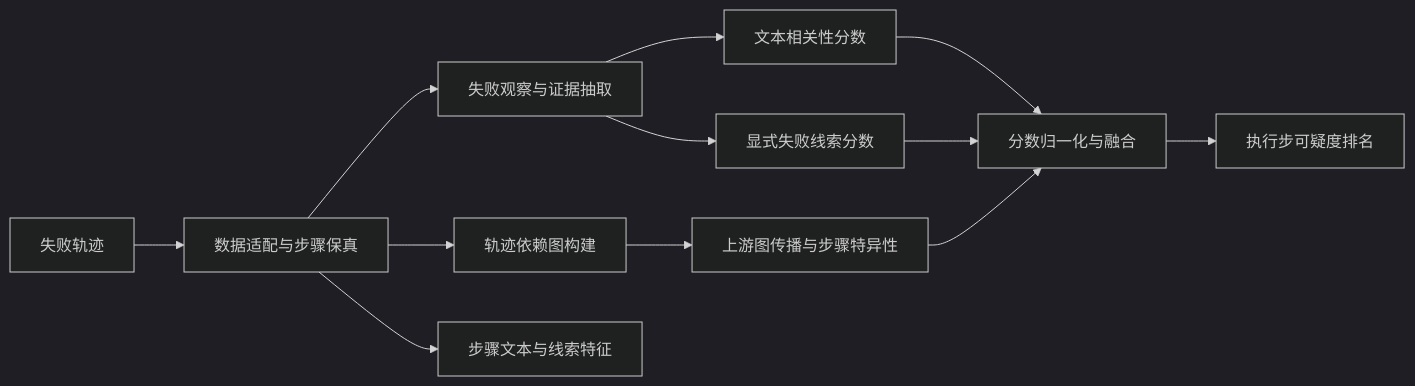
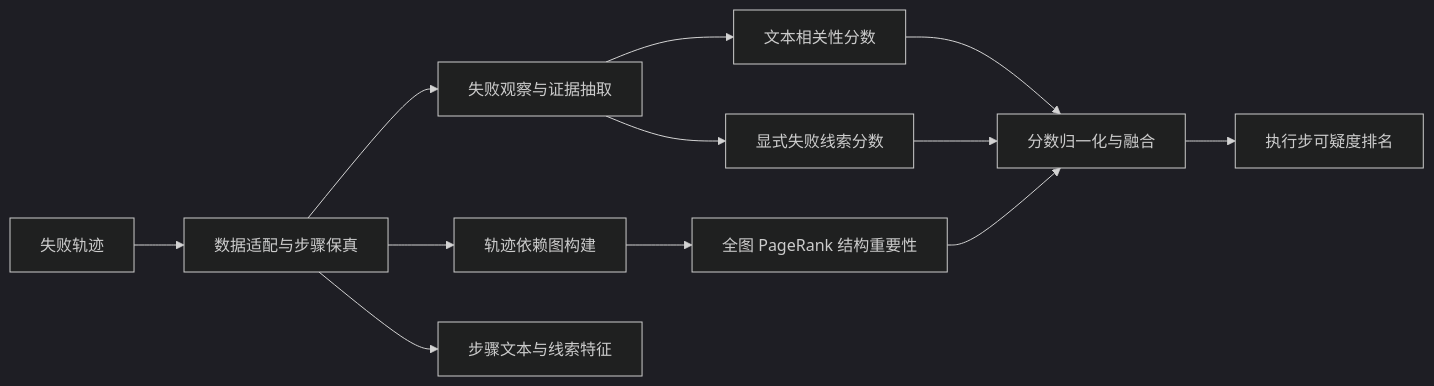
The diagram in docs/DESIGN.md (MartyLinZY/AgentHound), drawn with Mermaid (dark theme) before and after one commit. The commit also changed other lines of this file and 12 other files, not shown here.

First line of the commit message:
Redesign trajectory ranking with global PageRank

````diff
--- a/docs/DESIGN.md
+++ b/docs/DESIGN.md
@@ -181,14 +181,14 @@
 ```mermaid
 flowchart LR
     A[失败轨迹] --> B[数据适配与步骤保真]
     B --> C[失败观察与证据抽取]
     B --> D[轨迹依赖图构建]
     B --> E[步骤文本与线索特征]
     C --> F[文本相关性分数]
     C --> G[显式失败线索分数]
-    D --> H[上游图传播与步骤特异性]
+    D --> H[全图 PageRank 结构重要性]
     F --> I[分数归一化与融合]
     G --> I
     H --> I
     I --> J[执行步可疑度排名]
 ```
````
